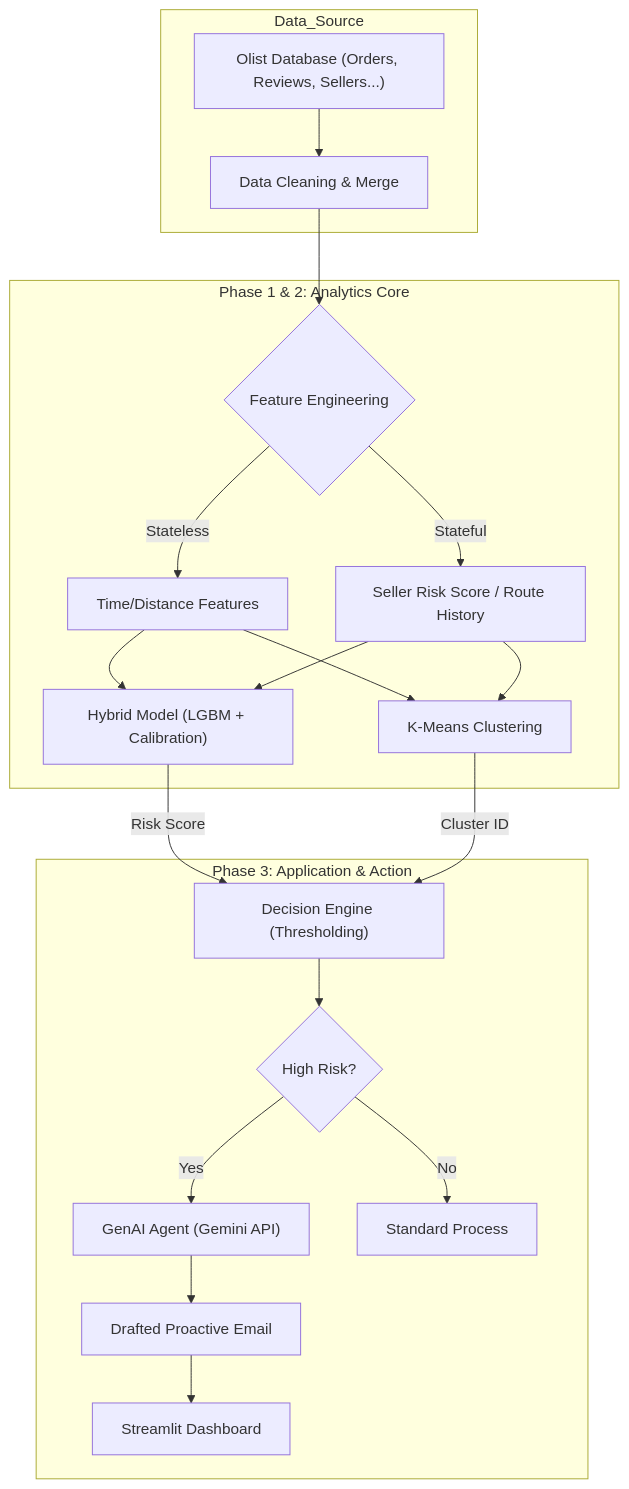
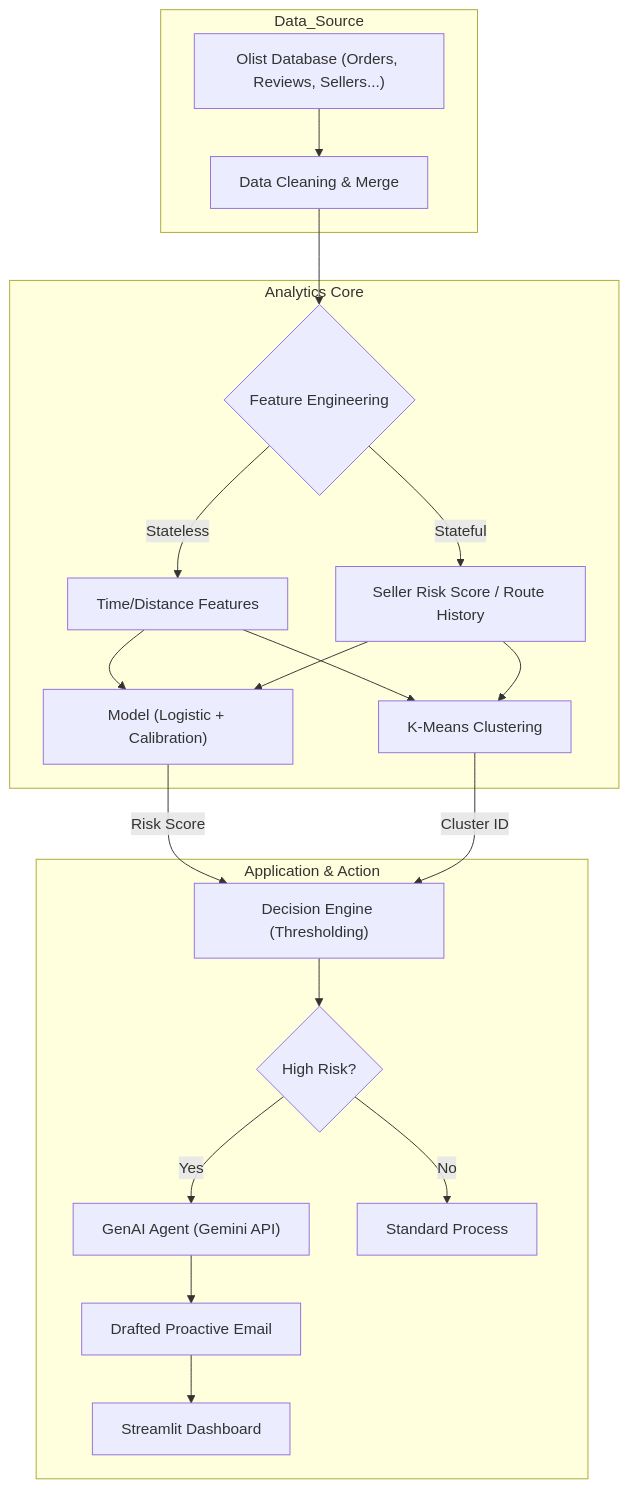
Before and after one commit to ThaiG2Pro/olist-risk-guard: the diagram in README.md, drawn with Mermaid. The commit also changed other lines of this file, not shown here.

`````diff
--- a/README.md
+++ b/README.md
@@ -51,27 +52,27 @@
 ```mermaid
 graph TD
     subgraph Data_Source
         A["Olist Database (Orders, Reviews, Sellers...)"] --> B["Data Cleaning & Merge"]
     end
 
-    subgraph "Phase 1 & 2: Analytics Core"
+    subgraph "Analytics Core"
         B --> C{"Feature Engineering"}
         C -->|Stateless| D["Time/Distance Features"]
         C -->|Stateful| E["Seller Risk Score / Route History"]
         D --> F["K-Means Clustering"]
         E --> F
-        D --> G["Hybrid Model (LGBM + Calibration)"]
+        D --> G["Model (Logistic + Calibration)"]
         E --> G
     end
 
-    subgraph "Phase 3: Application & Action"
+    subgraph "Application & Action"
         G -->|Risk Score| H["Decision Engine (Thresholding)"]
         F -->|Cluster ID| H
         H --> I{"High Risk?"}
         I -->|Yes| J["GenAI Agent (Gemini API)"]
         I -->|No| K["Standard Process"]
         J --> L["Drafted Proactive Email"]
         L --> M["Streamlit Dashboard"]
     end
 
 ````
`````
